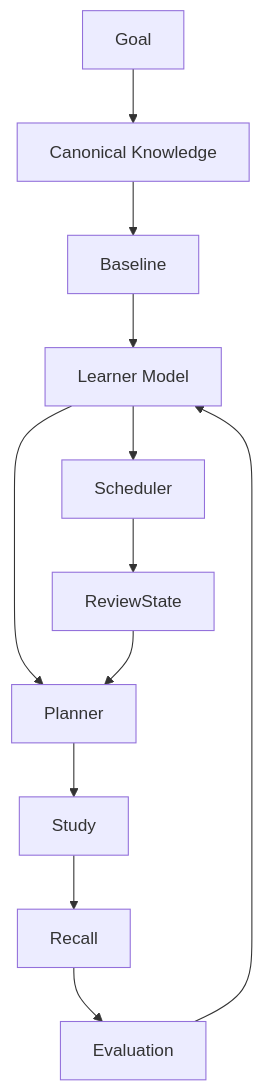
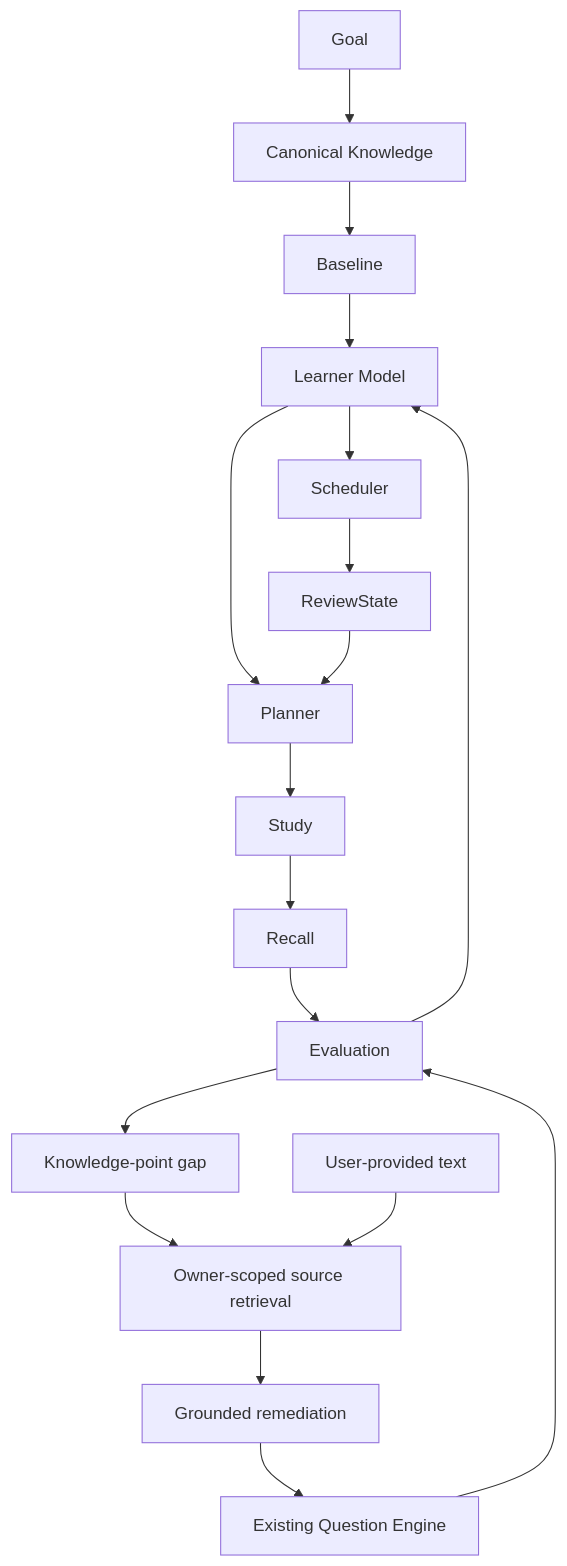
Before and after one commit to Sundramrai3691/RecallLoop: the second of 2 diagrams in docs/ARCHITECTURE.md, drawn with Mermaid. The commit also changed other lines of this file and 16 other files, not shown here.

Commit message:
feat: add grounded remediation features, including user-provided sources and embedding support

````diff
--- a/docs/ARCHITECTURE.md
+++ b/docs/ARCHITECTURE.md
@@ -21,14 +21,20 @@
 ```mermaid
 flowchart TD
   Goal --> Knowledge[Canonical Knowledge]
   Knowledge --> Baseline
   Baseline --> Learner[Learner Model]
   Learner --> Planner
   Planner --> Study
   Study --> Recall
   Recall --> Evaluation
   Evaluation --> Learner
   Learner --> Scheduler
   Scheduler --> ReviewState
   ReviewState --> Planner
+  Evaluation --> Gap[Knowledge-point gap]
+  Gap --> Retrieval[Owner-scoped source retrieval]
+  Sources[User-provided text] --> Retrieval
+  Retrieval --> Remediation[Grounded remediation]
+  Remediation --> Verification[Existing Question Engine]
+  Verification --> Evaluation
 ```
````
